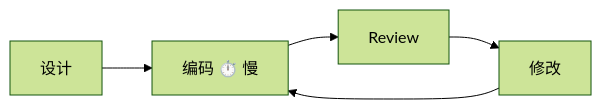
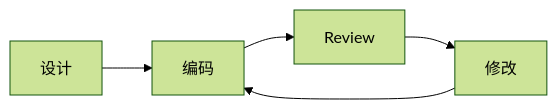
One commit to Wh1isper/wh1isper.github.io changed the first of 9 diagrams in source/_posts/2026-02-02-AI-Assisted-Development-Consistency.md. Above: the diagram before and after it, drawn with Mermaid (forest theme). The commit also changed other lines of this file, not shown here.

Commit message:
Fix mermaid diagrams

````diff
--- a/source/_posts/2026-02-02-AI-Assisted-Development-Consistency.md
+++ b/source/_posts/2026-02-02-AI-Assisted-Development-Consistency.md
@@ -26,7 +26,7 @@
 ```mermaid
 flowchart LR
-    A[设计] --> B[编码 ⏱️ 慢]
+    A[设计] --> B[编码]
     B --> C[Review]
     C --> D[修改]
     D --> B
 ```
````
